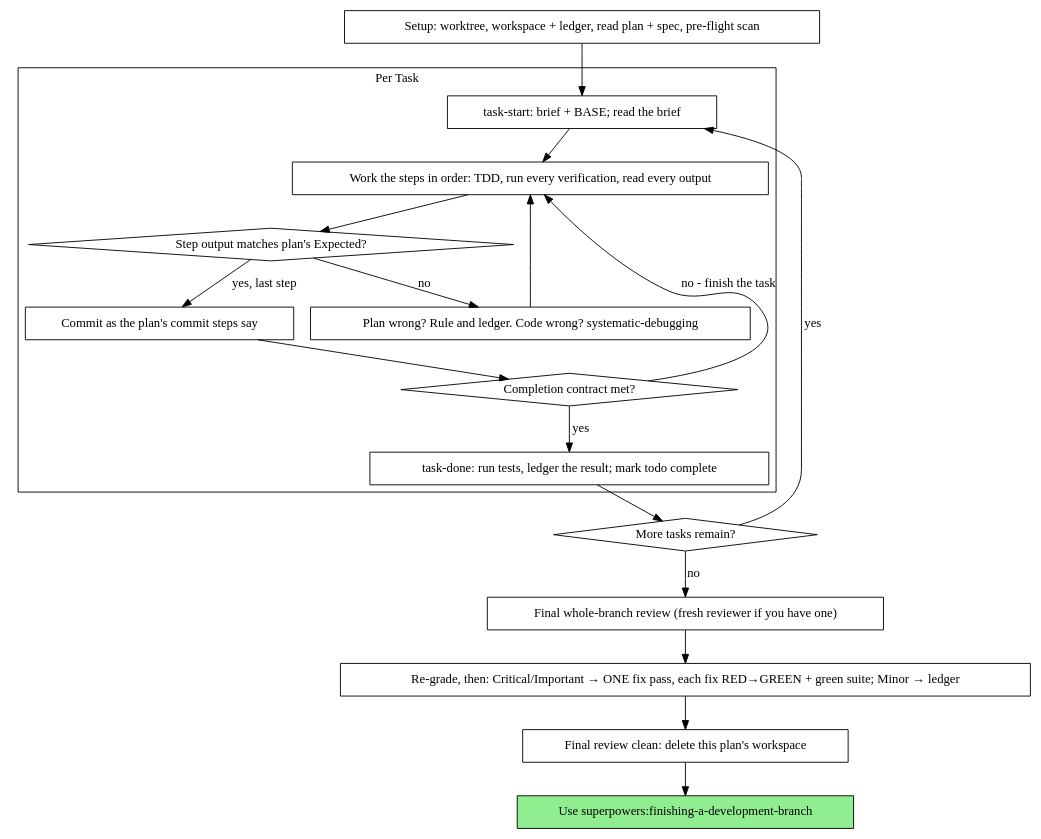
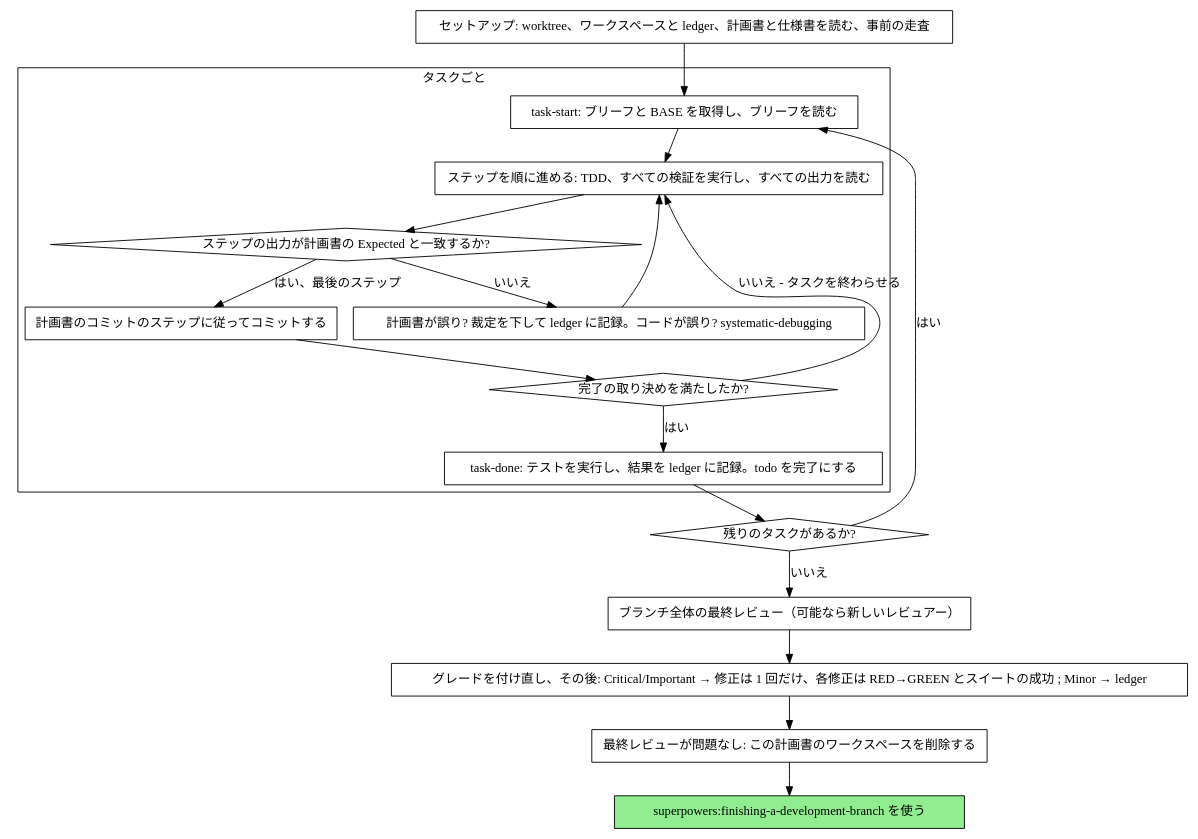
Before and after one commit to hiz8/dotfiles: the diagram in plugins/superpowers/skills/executing-plans/SKILL.md, drawn with Graphviz. The commit also changed other lines of this file and 2 other files, not shown here.

````diff
--- a/plugins/superpowers/skills/executing-plans/SKILL.md
+++ b/plugins/superpowers/skills/executing-plans/SKILL.md
@@ -68,39 +34,39 @@
 ```dot
 digraph process {
     rankdir=TB;
 
     subgraph cluster_per_task {
-        label="Per Task";
-        "task-start: brief + BASE; read the brief" [shape=box];
-        "Work the steps in order: TDD, run every verification, read every output" [shape=box];
-        "Step output matches plan's Expected?" [shape=diamond];
-        "Plan wrong? Rule and ledger. Code wrong? systematic-debugging" [shape=box];
-        "Commit as the plan's commit steps say" [shape=box];
-        "Completion contract met?" [shape=diamond];
-        "task-done: run tests, ledger the result; mark todo complete" [shape=box];
+        label="タスクごと";
+        "task-start: ブリーフと BASE を取得し、ブリーフを読む" [shape=box];
+        "ステップを順に進める: TDD、すべての検証を実行し、すべての出力を読む" [shape=box];
+        "ステップの出力が計画書の Expected と一致するか?" [shape=diamond];
+        "計画書が誤り? 裁定を下して ledger に記録。コードが誤り? systematic-debugging" [shape=box];
+        "計画書のコミットのステップに従ってコミットする" [shape=box];
+        "完了の取り決めを満たしたか?" [shape=diamond];
+        "task-done: テストを実行し、結果を ledger に記録。todo を完了にする" [shape=box];
     }
 
-    "Setup: worktree, workspace + ledger, read plan + spec, pre-flight scan" [shape=box];
-    "More tasks remain?" [shape=diamond];
-    "Final whole-branch review (fresh reviewer if you have one)" [shape=box];
-    "Re-grade, then: Critical/Important → ONE fix pass, each fix RED→GREEN + green suite; Minor → ledger" [shape=box];
-    "Final review clean: delete this plan's workspace" [shape=box];
-    "Use superpowers:finishing-a-development-branch" [shape=box style=filled fillcolor=lightgreen];
+    "セットアップ: worktree、ワークスペースと ledger、計画書と仕様書を読む、事前の走査" [shape=box];
+    "残りのタスクがあるか?" [shape=diamond];
+    "ブランチ全体の最終レビュー（可能なら新しいレビュアー）" [shape=box];
+    "グレードを付け直し、その後: Critical/Important → 修正は 1 回だけ、各修正は RED→GREEN とスイートの成功 ; Minor → ledger" [shape=box];
+    "最終レビューが問題なし: この計画書のワークスペースを削除する" [shape=box];
+    "superpowers:finishing-a-development-branch を使う" [shape=box style=filled fillcolor=lightgreen];
 
-    "Setup: worktree, workspace + ledger, read plan + spec, pre-flight scan" -> "task-start: brief + BASE; read the brief";
-    "task-start: brief + BASE; read the brief" -> "Work the steps in order: TDD, run every verification, read every output";
-    "Work the steps in order: TDD, run every verification, read every output" -> "Step output matches plan's Expected?";
-    "Step output matches plan's Expected?" -> "Plan wrong? Rule and ledger. Code wrong? systematic-debugging" [label="no"];
-    "Plan wrong? Rule and ledger. Code wrong? systematic-debugging" -> "Work the steps in order: TDD, run every verification, read every output";
-    "Step output matches plan's Expected?" -> "Commit as the plan's commit steps say" [label="yes, last step"];
-    "Commit as the plan's commit steps say" -> "Completion contract met?";
-    "Completion contract met?" -> "Work the steps in order: TDD, run every verification, read every output" [label="no - finish the task"];
-    "Completion contract met?" -> "task-done: run tests, ledger the result; mark todo complete" [label="yes"];
-    "task-done: run tests, ledger the result; mark todo complete" -> "More tasks remain?";
-    "More tasks remain?" -> "task-start: brief + BASE; read the brief" [label="yes"];
-    "More tasks remain?" -> "Final whole-branch review (fresh reviewer if you have one)" [label="no"];
-    "Final whole-branch review (fresh reviewer if you have one)" -> "Re-grade, then: Critical/Important → ONE fix pass, each fix RED→GREEN + green suite; Minor → ledger";
-    "Re-grade, then: Critical/Important → ONE fix pass, each fix RED→GREEN + green suite; Minor → ledger" -> "Final review clean: delete this plan's workspace";
-    "Final review clean: delete this plan's workspace" -> "Use superpowers:finishing-a-development-branch";
+    "セットアップ: worktree、ワークスペースと ledger、計画書と仕様書を読む、事前の走査" -> "task-start: ブリーフと BASE を取得し、ブリーフを読む";
+    "task-start: ブリーフと BASE を取得し、ブリーフを読む" -> "ステップを順に進める: TDD、すべての検証を実行し、すべての出力を読む";
+    "ステップを順に進める: TDD、すべての検証を実行し、すべての出力を読む" -> "ステップの出力が計画書の Expected と一致するか?";
+    "ステップの出力が計画書の Expected と一致するか?" -> "計画書が誤り? 裁定を下して ledger に記録。コードが誤り? systematic-debugging" [label="いいえ"];
+    "計画書が誤り? 裁定を下して ledger に記録。コードが誤り? systematic-debugging" -> "ステップを順に進める: TDD、すべての検証を実行し、すべての出力を読む";
+    "ステップの出力が計画書の Expected と一致するか?" -> "計画書のコミットのステップに従ってコミットする" [label="はい、最後のステップ"];
+    "計画書のコミットのステップに従ってコミットする" -> "完了の取り決めを満たしたか?";
+    "完了の取り決めを満たしたか?" -> "ステップを順に進める: TDD、すべての検証を実行し、すべての出力を読む" [label="いいえ - タスクを終わらせる"];
+    "完了の取り決めを満たしたか?" -> "task-done: テストを実行し、結果を ledger に記録。todo を完了にする" [label="はい"];
+    "task-done: テストを実行し、結果を ledger に記録。todo を完了にする" -> "残りのタスクがあるか?";
+    "残りのタスクがあるか?" -> "task-start: ブリーフと BASE を取得し、ブリーフを読む" [label="はい"];
+    "残りのタスクがあるか?" -> "ブランチ全体の最終レビュー（可能なら新しいレビュアー）" [label="いいえ"];
+    "ブランチ全体の最終レビュー（可能なら新しいレビュアー）" -> "グレードを付け直し、その後: Critical/Important → 修正は 1 回だけ、各修正は RED→GREEN とスイートの成功 ; Minor → ledger";
+    "グレードを付け直し、その後: Critical/Important → 修正は 1 回だけ、各修正は RED→GREEN とスイートの成功 ; Minor → ledger" -> "最終レビューが問題なし: この計画書のワークスペースを削除する";
+    "最終レビューが問題なし: この計画書のワークスペースを削除する" -> "superpowers:finishing-a-development-branch を使う";
 }
 ```
````
